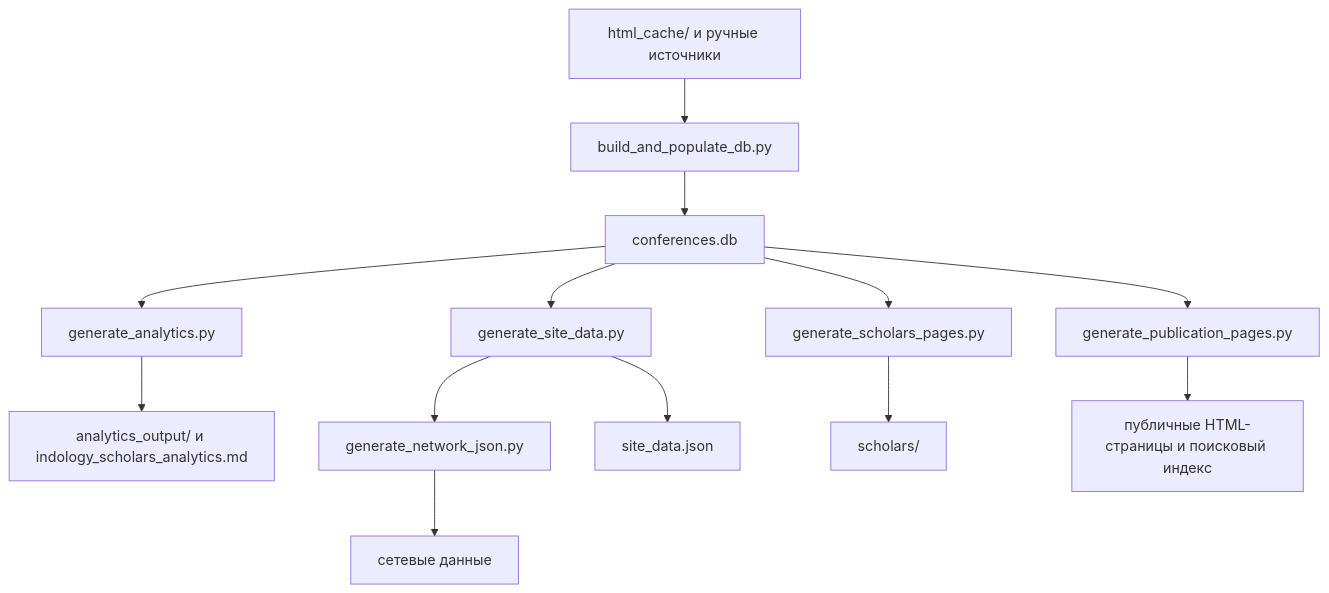
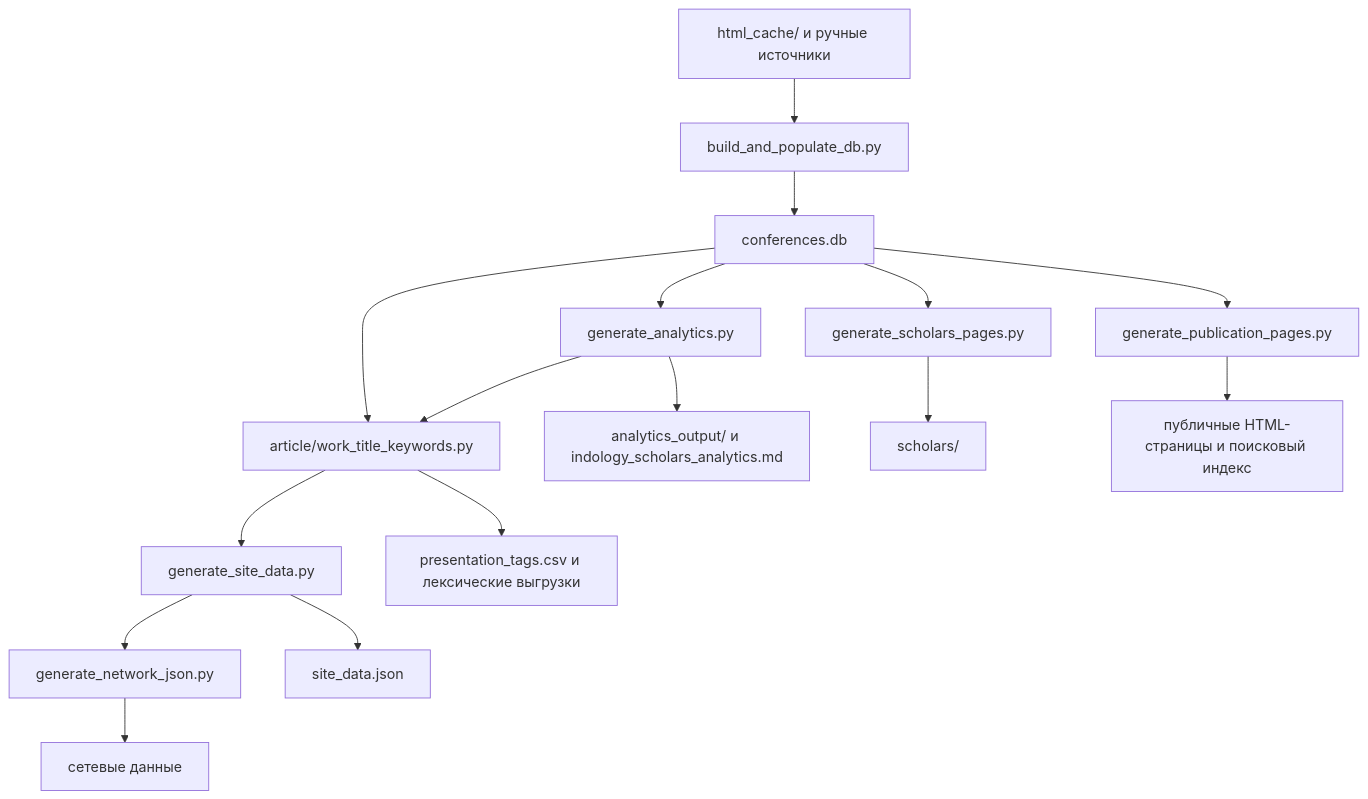
Before and after one commit to gasyoun/IndologyScholars: the diagram in docs/development.md, drawn with Mermaid. The commit also changed other lines of this file and 86 other files, not shown here.

````diff
--- a/docs/development.md
+++ b/docs/development.md
@@ -70,15 +71,18 @@
 ```mermaid
 flowchart TD
     A["html_cache/ и ручные источники"] --> B["build_and_populate_db.py"]
     B --> C["conferences.db"]
     C --> D["generate_analytics.py"]
-    C --> E["generate_site_data.py"]
+    C --> N["article/work_title_keywords.py"]
+    D --> N
+    N --> E["generate_site_data.py"]
     E --> F["generate_network_json.py"]
     C --> G["generate_scholars_pages.py"]
     C --> H["generate_publication_pages.py"]
     D --> I["analytics_output/ и indology_scholars_analytics.md"]
+    N --> O["presentation_tags.csv и лексические выгрузки"]
     E --> J["site_data.json"]
     F --> K["сетевые данные"]
     G --> L["scholars/"]
     H --> M["публичные HTML-страницы и поисковый индекс"]
 ```
````
